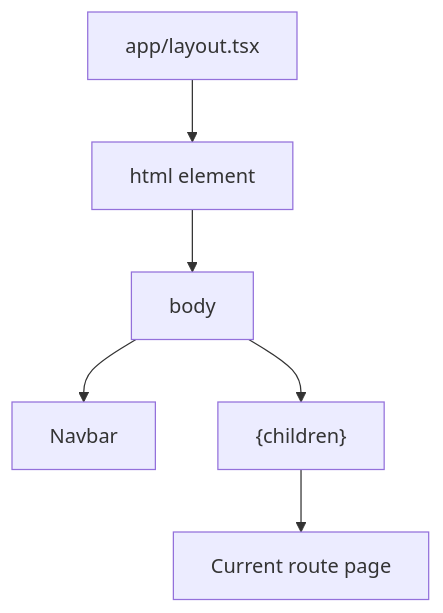
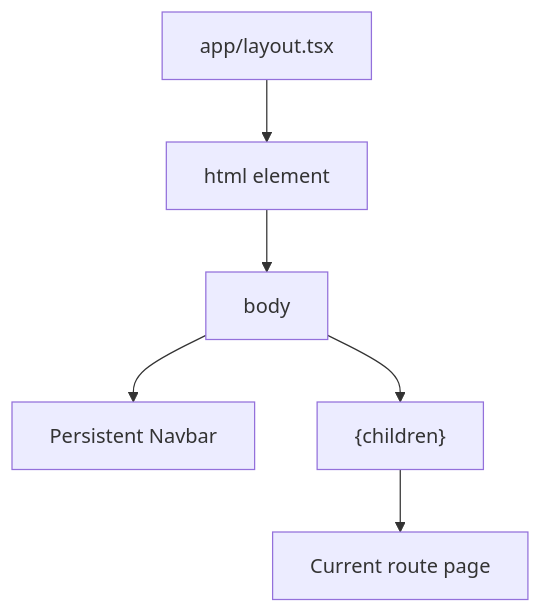
The third of 20 diagrams in PROJECT_LEARNING_FLOW.md (bucketb0t/Earth_In_Sound), drawn with Mermaid before and after one commit. The commit also changed other lines of this file, not shown here.

````diff
--- a/PROJECT_LEARNING_FLOW.md
+++ b/PROJECT_LEARNING_FLOW.md
@@ -85,8 +190,8 @@
 ```mermaid
 flowchart TD
   Layout["app/layout.tsx"] --> Html["html element"]
   Html --> Body["body"]
-  Body --> Navbar["Navbar"]
+  Body --> Navbar["Persistent Navbar"]
   Body --> Children["{children}"]
   Children --> ActiveRoute["Current route page"]
 ```
````
